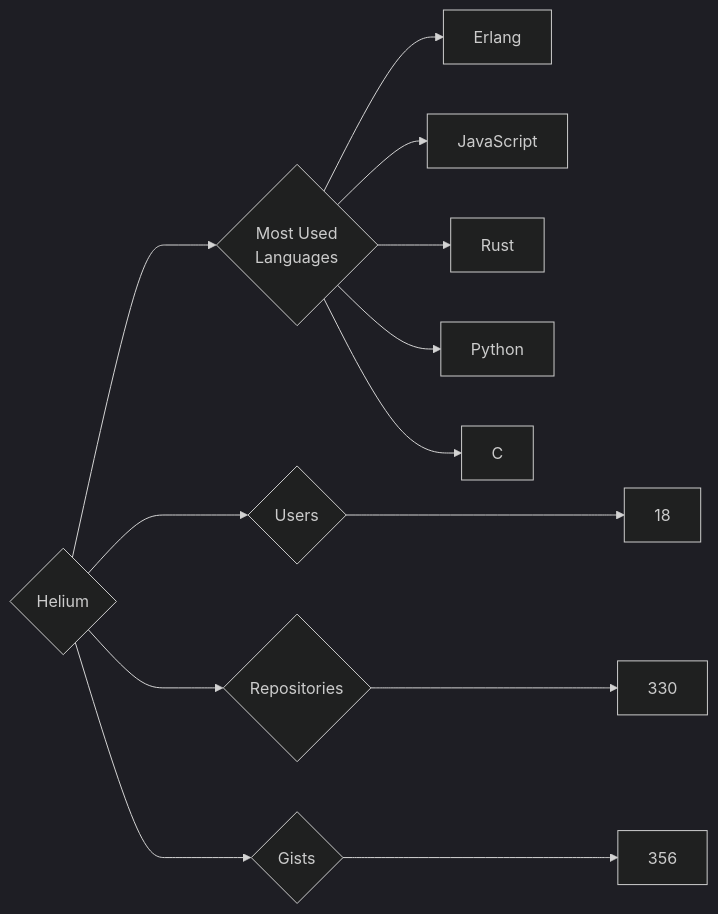
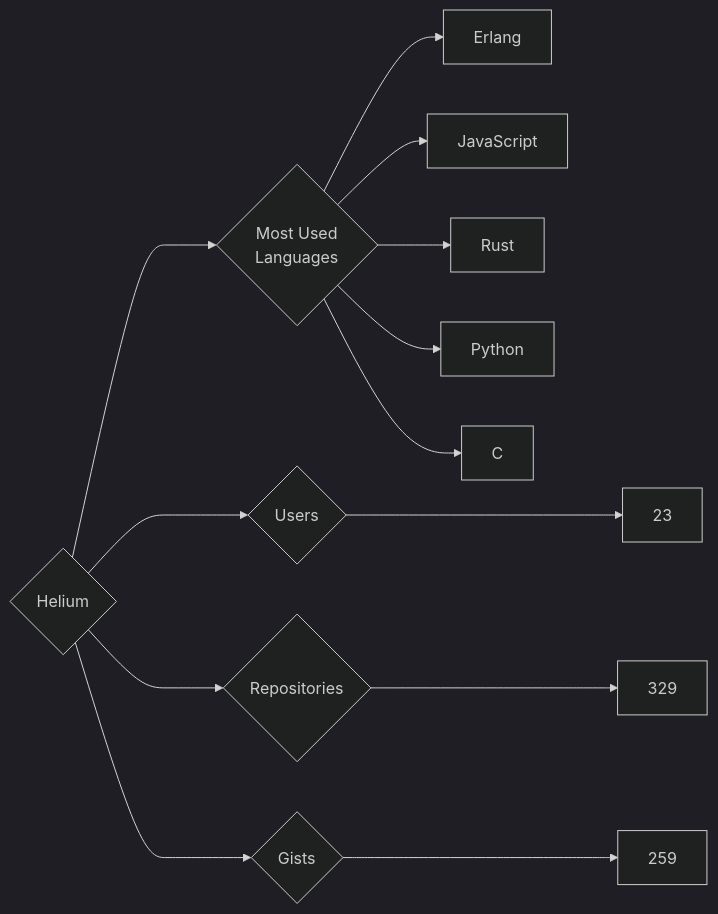
Before and after one commit to trickest/insiders: the diagram in targets/Helium/README.md, drawn with Mermaid (dark theme). The commit also changed 1314 other files, not shown here.

````diff
--- a/targets/Helium/README.md
+++ b/targets/Helium/README.md
@@ -3,13 +3,13 @@
 ```mermaid
 graph LR
 COMPANY_NAME{Helium}
-COMPANY_NAME ---> U{Users} ---> UN[18]
-COMPANY_NAME ---> R{Repositories} ---> RN[330]
-COMPANY_NAME ---> G{Gists} ---> GN[356]
+COMPANY_NAME ---> U{Users} ---> UN[23]
+COMPANY_NAME ---> R{Repositories} ---> RN[329]
+COMPANY_NAME ---> G{Gists} ---> GN[259]
 COMPANY_NAME ---> ML{Most Used<br>Languages}
 ML --> Erlang[Erlang]
 ML --> JavaScript[JavaScript]
 ML --> Rust[Rust]
 ML --> Python[Python]
 ML --> C[C]
 ```
````
